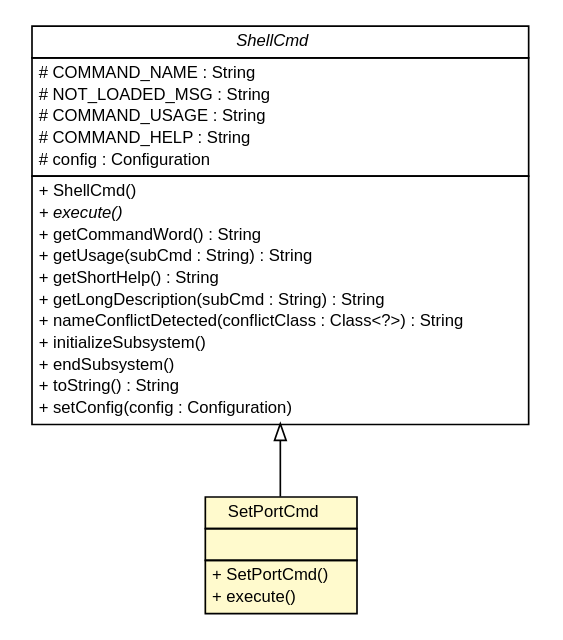
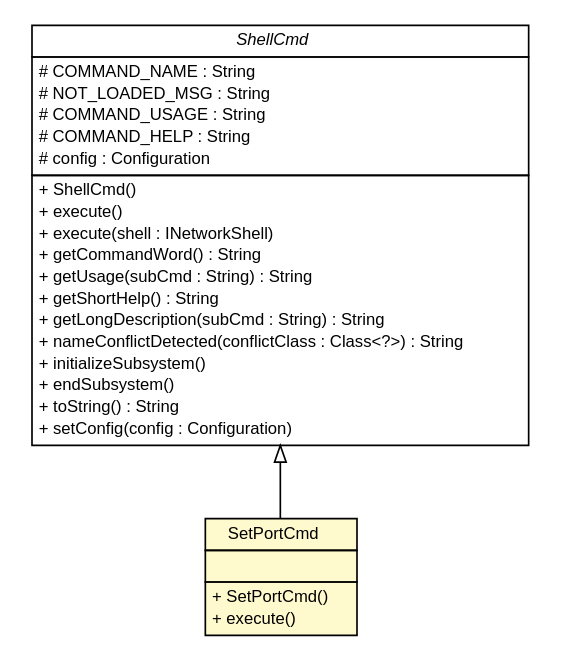
Before and after one commit to sorcersoft/sorcersoft.github.io: the diagram in apidocs/sorcer/tools/shell/cmds/SetPortCmd.dot, drawn with Graphviz. The commit also changed 5034 other files, not shown here.

```diff
--- a/apidocs/sorcer/tools/shell/cmds/SetPortCmd.dot
+++ b/apidocs/sorcer/tools/shell/cmds/SetPortCmd.dot
@@ -1,53 +1,54 @@
 #!/usr/local/bin/dot
 #
 # Class diagram 
 # Generated by UMLGraph version R5_6 (http://www.umlgraph.org/)
 #
 
 digraph G {
 	edge [fontname="Helvetica",fontsize=10,labelfontname="Helvetica",labelfontsize=10];
 	node [fontname="Helvetica",fontsize=10,shape=plaintext];
 	nodesep=0.25;
 	ranksep=0.5;
 	// sorcer.tools.shell.ShellCmd
-	c429021 [label=<<table title="sorcer.tools.shell.ShellCmd" border="0" cellborder="1" cellspacing="0" cellpadding="2" port="p" href="../ShellCmd.html">
+	c493018 [label=<<table title="sorcer.tools.shell.ShellCmd" border="0" cellborder="1" cellspacing="0" cellpadding="2" port="p" href="../ShellCmd.html">
 		<tr><td><table border="0" cellspacing="0" cellpadding="1">
 <tr><td align="center" balign="center"><font face="Helvetica-Oblique"> ShellCmd </font></td></tr>
 		</table></td></tr>
 		<tr><td><table border="0" cellspacing="0" cellpadding="1">
 <tr><td align="left" balign="left"> # COMMAND_NAME : String </td></tr>
 <tr><td align="left" balign="left"> # NOT_LOADED_MSG : String </td></tr>
 <tr><td align="left" balign="left"> # COMMAND_USAGE : String </td></tr>
 <tr><td align="left" balign="left"> # COMMAND_HELP : String </td></tr>
 <tr><td align="left" balign="left"> # config : Configuration </td></tr>
 		</table></td></tr>
 		<tr><td><table border="0" cellspacing="0" cellpadding="1">
 <tr><td align="left" balign="left"> + ShellCmd() </td></tr>
-<tr><td align="left" balign="left"><font face="Helvetica-Oblique" point-size="10.0"> + execute() </font></td></tr>
+<tr><td align="left" balign="left"> + execute() </td></tr>
+<tr><td align="left" balign="left"> + execute(shell : INetworkShell) </td></tr>
 <tr><td align="left" balign="left"> + getCommandWord() : String </td></tr>
 <tr><td align="left" balign="left"> + getUsage(subCmd : String) : String </td></tr>
 <tr><td align="left" balign="left"> + getShortHelp() : String </td></tr>
 <tr><td align="left" balign="left"> + getLongDescription(subCmd : String) : String </td></tr>
 <tr><td align="left" balign="left"> + nameConflictDetected(conflictClass : Class&lt;?&gt;) : String </td></tr>
 <tr><td align="left" balign="left"> + initializeSubsystem() </td></tr>
 <tr><td align="left" balign="left"> + endSubsystem() </td></tr>
 <tr><td align="left" balign="left"> + toString() : String </td></tr>
 <tr><td align="left" balign="left"> + setConfig(config : Configuration) </td></tr>
 		</table></td></tr>
 		</table>>, URL="../ShellCmd.html", fontname="Helvetica", fontcolor="black", fontsize=10.0];
 	// sorcer.tools.shell.cmds.SetPortCmd
-	c429236 [label=<<table title="sorcer.tools.shell.cmds.SetPortCmd" border="0" cellborder="1" cellspacing="0" cellpadding="2" port="p" bgcolor="lemonChiffon" href="./SetPortCmd.html">
+	c493259 [label=<<table title="sorcer.tools.shell.cmds.SetPortCmd" border="0" cellborder="1" cellspacing="0" cellpadding="2" port="p" bgcolor="lemonChiffon" href="./SetPortCmd.html">
 		<tr><td><table border="0" cellspacing="0" cellpadding="1">
 <tr><td align="center" balign="center"> SetPortCmd </td></tr>
 		</table></td></tr>
 		<tr><td><table border="0" cellspacing="0" cellpadding="1">
 <tr><td align="left" balign="left">  </td></tr>
 		</table></td></tr>
 		<tr><td><table border="0" cellspacing="0" cellpadding="1">
 <tr><td align="left" balign="left"> + SetPortCmd() </td></tr>
 <tr><td align="left" balign="left"> + execute() </td></tr>
 		</table></td></tr>
 		</table>>, URL="./SetPortCmd.html", fontname="Helvetica", fontcolor="black", fontsize=10.0];
 	//sorcer.tools.shell.cmds.SetPortCmd extends sorcer.tools.shell.ShellCmd
-	c429021:p -> c429236:p [dir=back,arrowtail=empty];
+	c493018:p -> c493259:p [dir=back,arrowtail=empty];
 }
```
